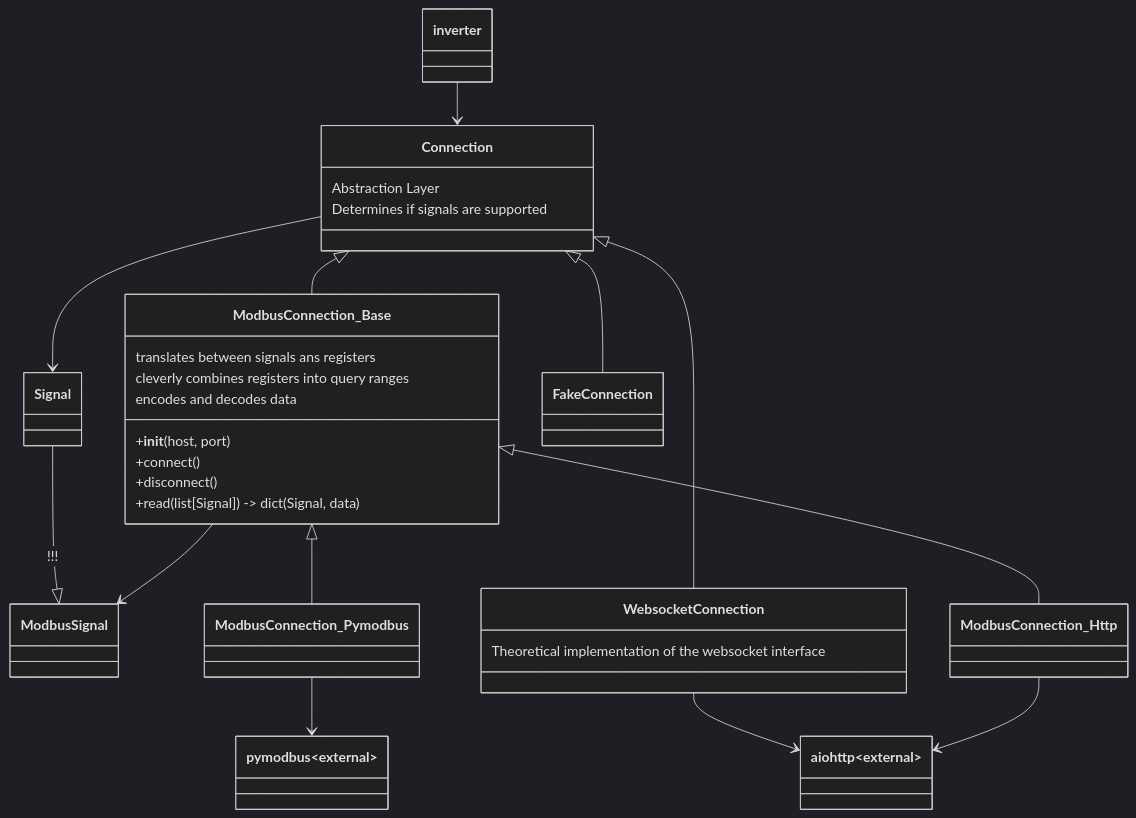
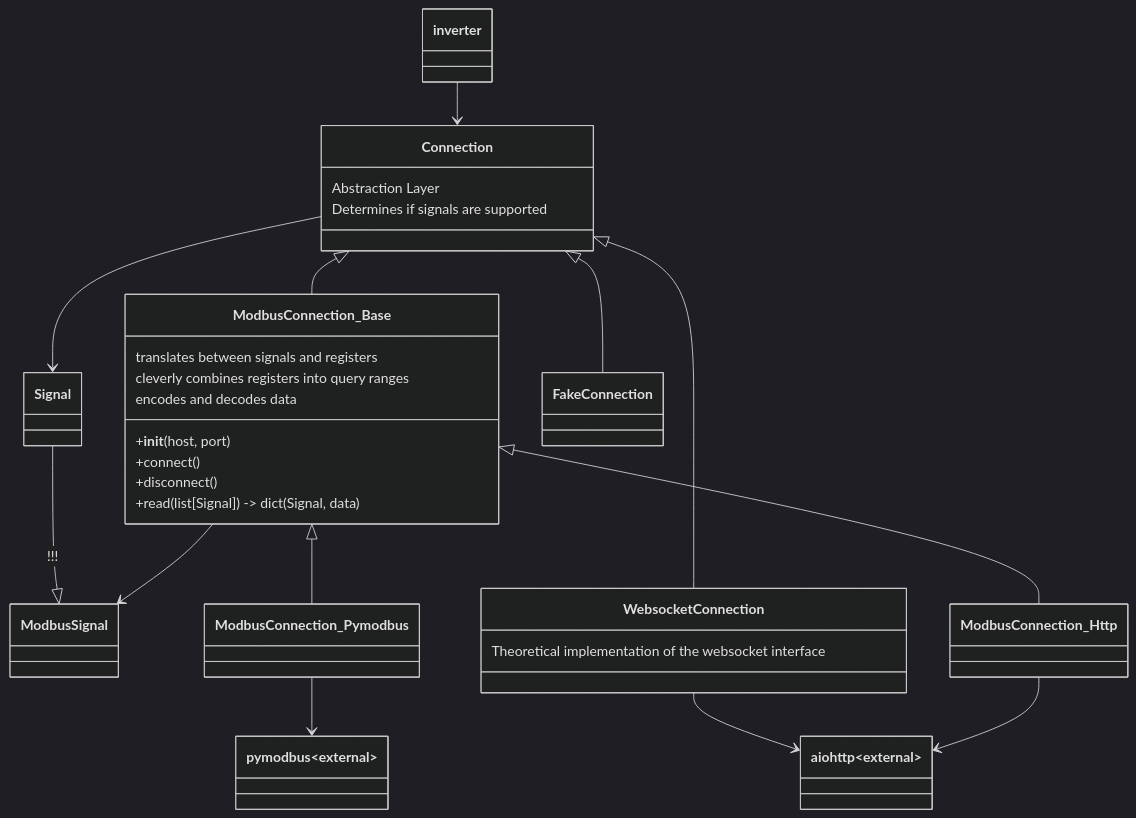
Before and after one commit to AlexanderLanin/homeassistant-sungrow: the diagram in custom_components/sungrow/core/README.md, drawn with Mermaid (dark theme). The commit also changed 9 other files, not shown here.

````diff
--- a/custom_components/sungrow/core/README.md
+++ b/custom_components/sungrow/core/README.md
@@ -3,46 +3,46 @@
 ```mermaid
 classDiagram
     class inverter
     class Connection {
         Abstraction Layer
         Determines if signals are supported
     }
     class Signal
     class ModbusSignal
     class ModbusConnection_Base {
-        translates between signals ans registers
+        translates between signals and registers
         cleverly combines registers into query ranges
         encodes and decodes data
         +__init__(host, port)
         +connect()
         +disconnect()
         +read(list[Signal]) -> dict(Signal, data)
     }
     class ModbusConnection_Pymodbus
     class ModbusConnection_Http
     class pymodbus~external~
 
     class aiohttp~external~
     class WebsocketConnection {
         Theoretical implementation of the websocket interface
     }
 
     Signal --|> ModbusSignal : !!!
     inverter --> Connection
     Connection --> Signal
 
     Connection <|-- ModbusConnection_Base
     Connection <|-- FakeConnection
 
     Connection <|-- WebsocketConnection
     WebsocketConnection --> aiohttp
 
     ModbusConnection_Base <|-- ModbusConnection_Pymodbus
     ModbusConnection_Base <|-- ModbusConnection_Http
 
     ModbusConnection_Base --> ModbusSignal
 
     ModbusConnection_Http --> aiohttp
 
     ModbusConnection_Pymodbus --> pymodbus
 ```
````
